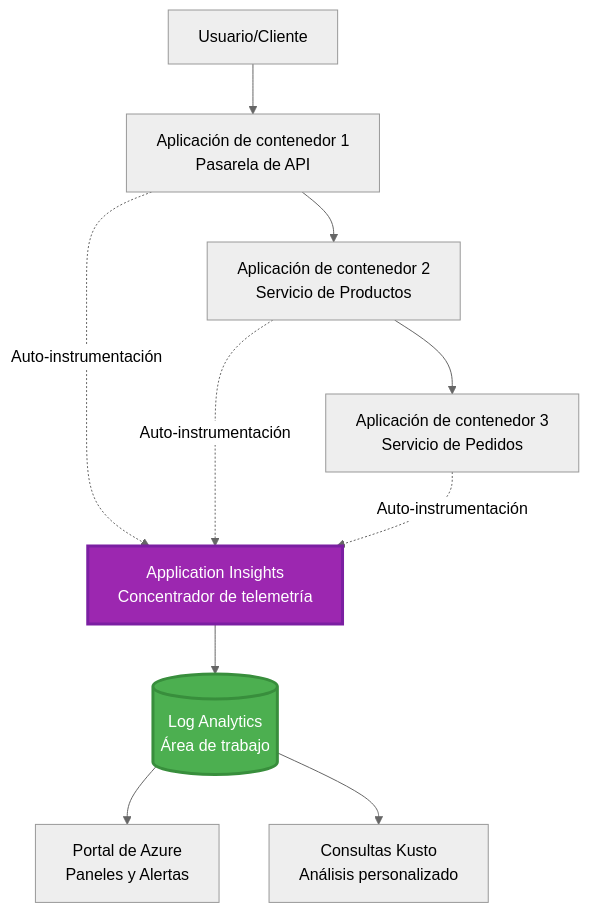
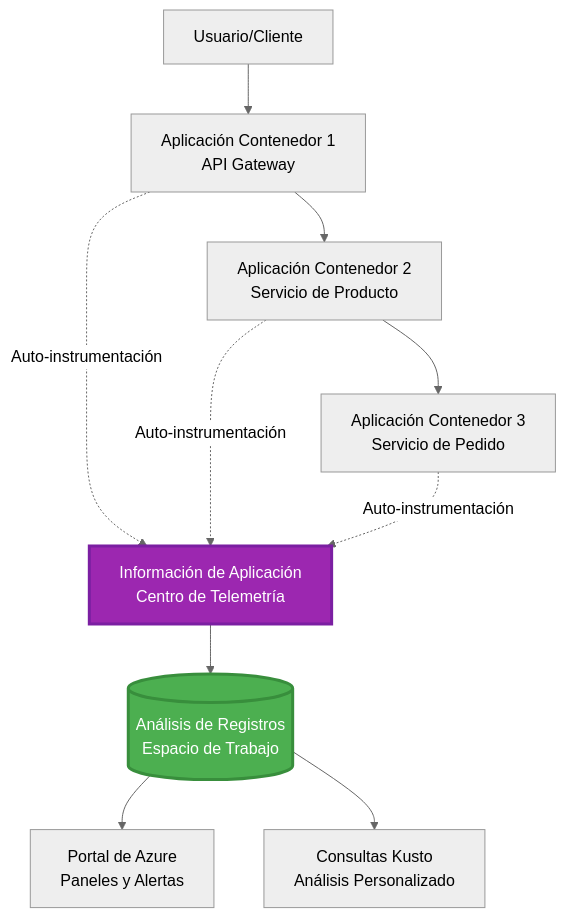
The first of 2 diagrams in translations/es/docs/chapter-06-pre-deployment/application-insights.md (microsoft/AZD-for-beginners), drawn with Mermaid (neutral theme) before and after one commit. The commit also changed other lines of this file and 101 other files, not shown here.

````diff
--- a/translations/es/docs/chapter-06-pre-deployment/application-insights.md
+++ b/translations/es/docs/chapter-06-pre-deployment/application-insights.md
@@ -58,28 +58,28 @@
 ```mermaid
 graph TB
     User[Usuario/Cliente]
-    App1[Aplicación de contenedor 1<br/>Pasarela de API]
-    App2[Aplicación de contenedor 2<br/>Servicio de Productos]
-    App3[Aplicación de contenedor 3<br/>Servicio de Pedidos]
+    App1[Aplicación Contenedor 1<br/>API Gateway]
+    App2[Aplicación Contenedor 2<br/>Servicio de Producto]
+    App3[Aplicación Contenedor 3<br/>Servicio de Pedido]
     
-    AppInsights[Application Insights<br/>Concentrador de telemetría]
-    LogAnalytics[(Log Analytics<br/>Área de trabajo)]
+    AppInsights[Información de Aplicación<br/>Centro de Telemetría]
+    LogAnalytics[(Análisis de Registros<br/>Espacio de Trabajo)]
     
     Portal[Portal de Azure<br/>Paneles y Alertas]
-    Query[Consultas Kusto<br/>Análisis personalizado]
+    Query[Consultas Kusto<br/>Análisis Personalizado]
     
     User --> App1
     App1 --> App2
     App2 --> App3
     
     App1 -.->|Auto-instrumentación| AppInsights
     App2 -.->|Auto-instrumentación| AppInsights
     App3 -.->|Auto-instrumentación| AppInsights
     
     AppInsights --> LogAnalytics
     LogAnalytics --> Portal
     LogAnalytics --> Query
     
     style AppInsights fill:#9C27B0,stroke:#7B1FA2,stroke-width:3px,color:#fff
     style LogAnalytics fill:#4CAF50,stroke:#388E3C,stroke-width:3px,color:#fff
 ```
````
